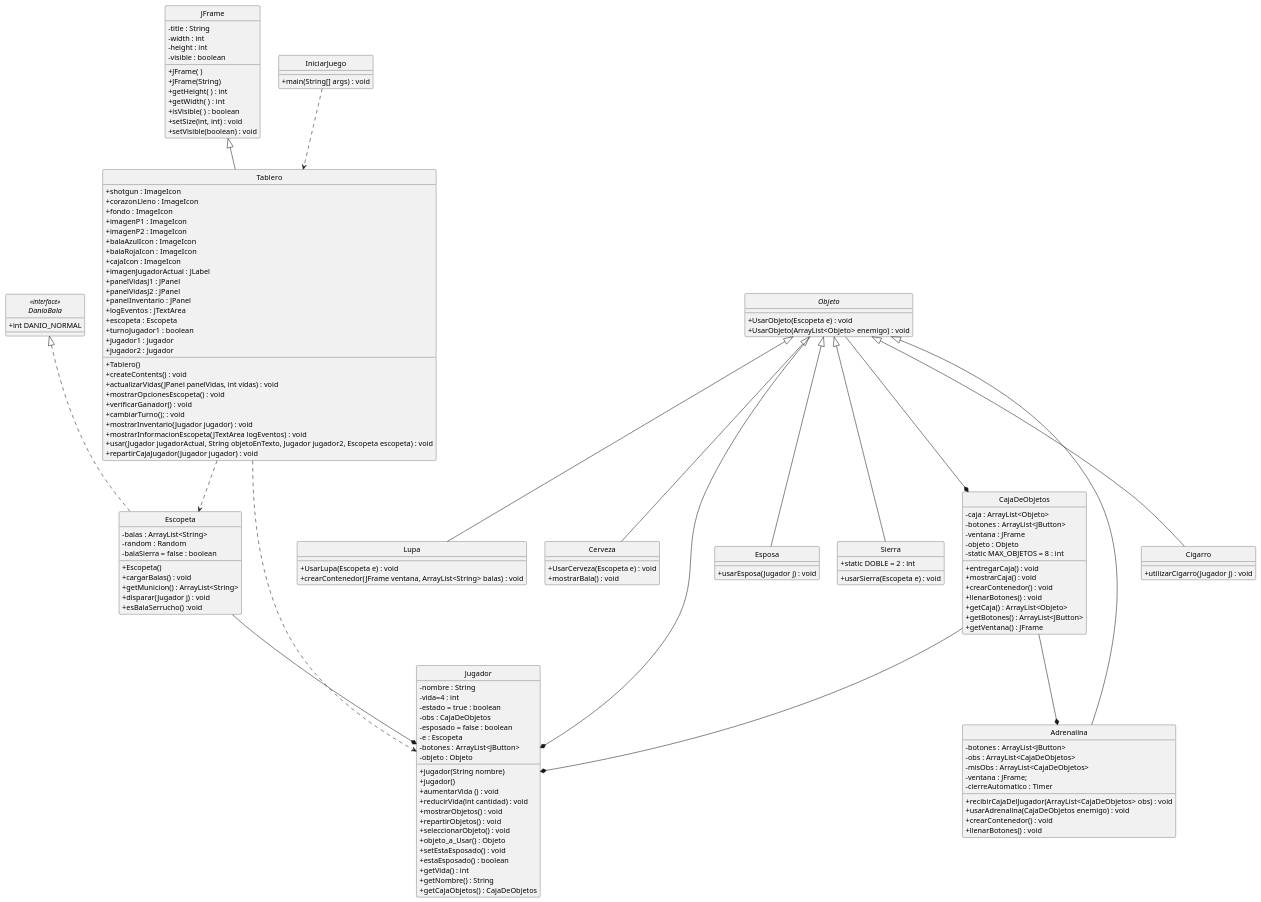
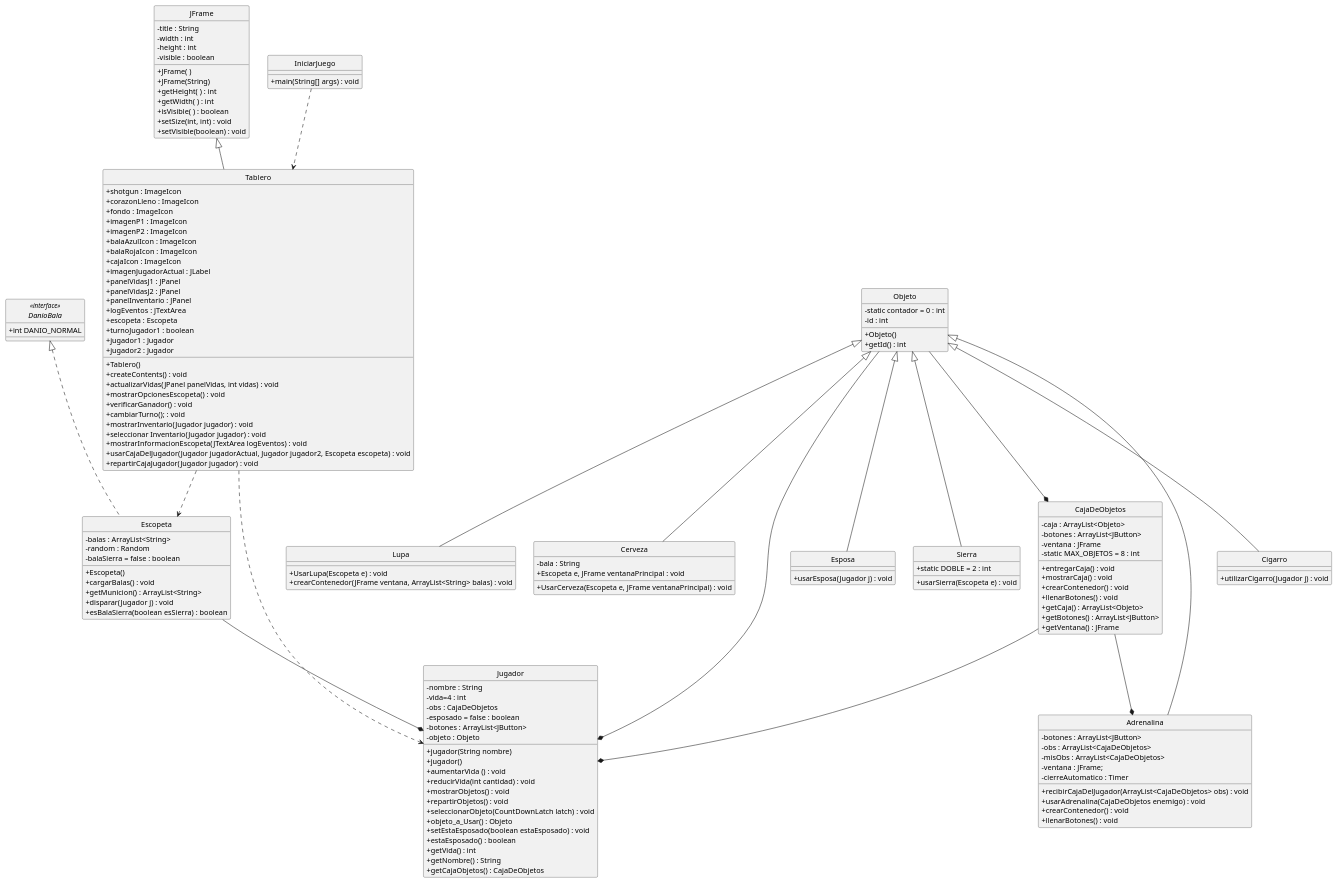
Before and after one commit to F4brici0L4yme/FP2-Final-Project: the diagram in uml.puml, drawn with PlantUML.

Commit message:
modificando algunos atributos y metodos

```diff
--- a/uml.puml
+++ b/uml.puml
@@ -1,157 +1,158 @@
 @startuml
 skinparam classAttributeIconSize 0
 
 hide class circle
 hide interface circle
 hide abstract circle
 
 class JFrame {
     - title : String
     - width : int
     - height : int
     - visible : boolean
     + JFrame( )
     + JFrame(String)
     + getHeight( ) : int
     + getWidth( ) : int
     + isVisible( ) : boolean
     + setSize(int, int) : void
     + setVisible(boolean) : void
 }
 
 class Tablero extends JFrame {
     + shotgun : ImageIcon
     + corazonLleno : ImageIcon
     + fondo : ImageIcon
     + imagenP1 : ImageIcon
     + imagenP2 : ImageIcon
     + balaAzulIcon : ImageIcon
     + balaRojaIcon : ImageIcon
     + cajaIcon : ImageIcon
     + imagenJugadorActual : JLabel
     + panelVidasJ1 : JPanel
     + panelVidasJ2 : JPanel
     + panelInventario : JPanel
     + logEventos : JTextArea
     + escopeta : Escopeta
     + turnoJugador1 : boolean
     + jugador1 : Jugador
     + jugador2 : Jugador
     + Tablero()
     + createContents() : void
     + actualizarVidas(JPanel panelVidas, int vidas) : void
     + mostrarOpcionesEscopeta() : void
     + verificarGanador() : void
     + cambiarTurno(); : void
     + mostrarInventario(Jugador jugador) : void
+    + seleccionar Inventario(Jugador jugador) : void
     + mostrarInformacionEscopeta(JTextArea logEventos) : void
-    + usar(Jugador jugadorActual, String objetoEnTexto, Jugador jugador2, Escopeta escopeta) : void
+    + usarCajaDelJugador(Jugador jugadorActual, Jugador jugador2, Escopeta escopeta) : void
     + repartirCajaJugador(Jugador jugador) : void
 }
 
 interface DanioBala <<interface>> {
     +int DANIO_NORMAL
 }
 
 class Escopeta implements DanioBala {
     - balas : ArrayList<String>
     - random : Random
     - balaSierra = false : boolean
     + Escopeta()
     + cargarBalas() : void
     + getMunicion() : ArrayList<String>
     + disparar(Jugador j) : void
-    + esBalaSerrucho() :void
+    + esBalaSierra(boolean esSierra) : boolean
 }
 
 class Jugador{
     - nombre : String
     - vida=4 : int 
-    - estado = true : boolean
     - obs : CajaDeObjetos
     - esposado = false : boolean
-    - e : Escopeta
     - botones : ArrayList<JButton>
     - objeto : Objeto
     + jugador(String nombre)
     + jugador()
     + aumentarVida () : void
     + reducirVida(int cantidad) : void
     + mostrarObjetos() : void
     + repartirObjetos() : void
-    + seleccionarObjeto() : void
+    + seleccionarObjeto(CountDownLatch latch) : void
     + objeto_a_Usar() : Objeto
-    + setEstaEsposado() : void
+    + setEstaEsposado(boolean estaEsposado) : void
     + estaEsposado() : boolean
     + getVida() : int
     + getNombre() : String
     + getCajaObjetos() : CajaDeObjetos
 }
 
-abstract class Objeto {
-    + UsarObjeto(Escopeta e) : void
-    + UsarObjeto(ArrayList<Objeto> enemigo) : void
+class Objeto {
+    - static contador = 0 : int
+    - id : int
+    + Objeto()
+    + getId() : int
 }
 
 class Cigarro extends Objeto {
     + utilizarCigarro(Jugador j) : void
 }
 
 class Lupa extends Objeto {
     + UsarLupa(Escopeta e) : void
     + crearContenedor(JFrame ventana, ArrayList<String> balas) : void
 }
 
 class Cerveza extends Objeto {
-    + UsarCerveza(Escopeta e) : void
-    + mostrarBala() : void
+    - bala : String
+    + UsarCerveza(Escopeta e, JFrame ventanaPrincipal) : void
+    + Escopeta e, JFrame ventanaPrincipal : void
 }
 
 class Adrenalina extends Objeto {
     - botones : ArrayList<JButton>
     - obs : ArrayList<CajaDeObjetos>
     - misObs : ArrayList<CajaDeObjetos>
     - ventana : JFrame;
     - cierreAutomatico : Timer
     + recibirCajaDelJugador(ArrayList<CajaDeObjetos> obs) : void
     + usarAdrenalina(CajaDeObjetos enemigo) : void
     + crearContenedor() : void
     + llenarBotones() : void
 }
 
 class Esposa extends Objeto {
     + usarEsposa(Jugador j) : void
 }
 
 class Sierra extends Objeto {
     + static DOBLE = 2 : int
     + usarSierra(Escopeta e) : void
 }
 
 class CajaDeObjetos {
     - caja : ArrayList<Objeto>
     - botones : ArrayList<JButton>
     - ventana : JFrame
-    - objeto : Objeto
     - static MAX_OBJETOS = 8 : int
     + entregarCaja() : void
     + mostrarCaja() : void
     + crearContenedor() : void
     + llenarBotones() : void
     + getCaja() : ArrayList<Objeto>
     + getBotones() : ArrayList<JButton>
     + getVentana() : JFrame
 }
 
 class IniciarJuego {
     + main(String[] args) : void
 }
 IniciarJuego ..> Tablero
 Tablero ..> Jugador
 Tablero ..> Escopeta
 Objeto --* Jugador
 CajaDeObjetos --* Jugador
 Escopeta --* Jugador
 Objeto --* CajaDeObjetos
 CajaDeObjetos --* Adrenalina
 @enduml
```
